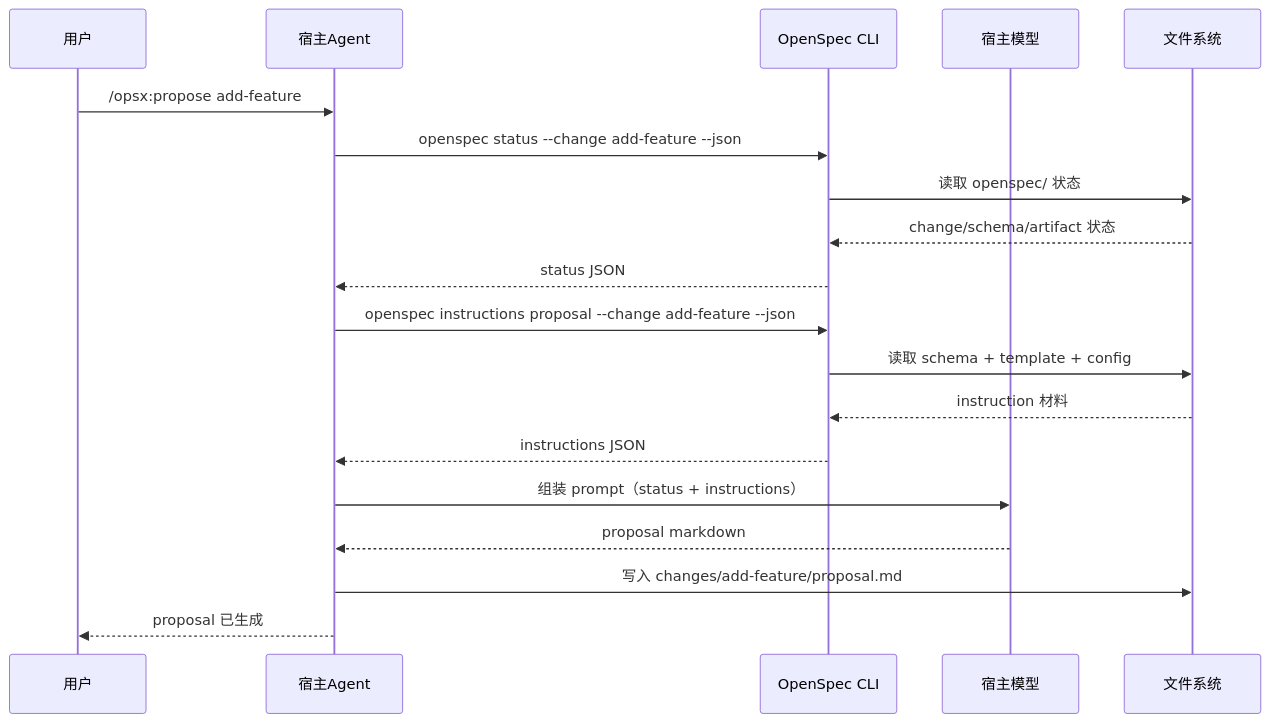
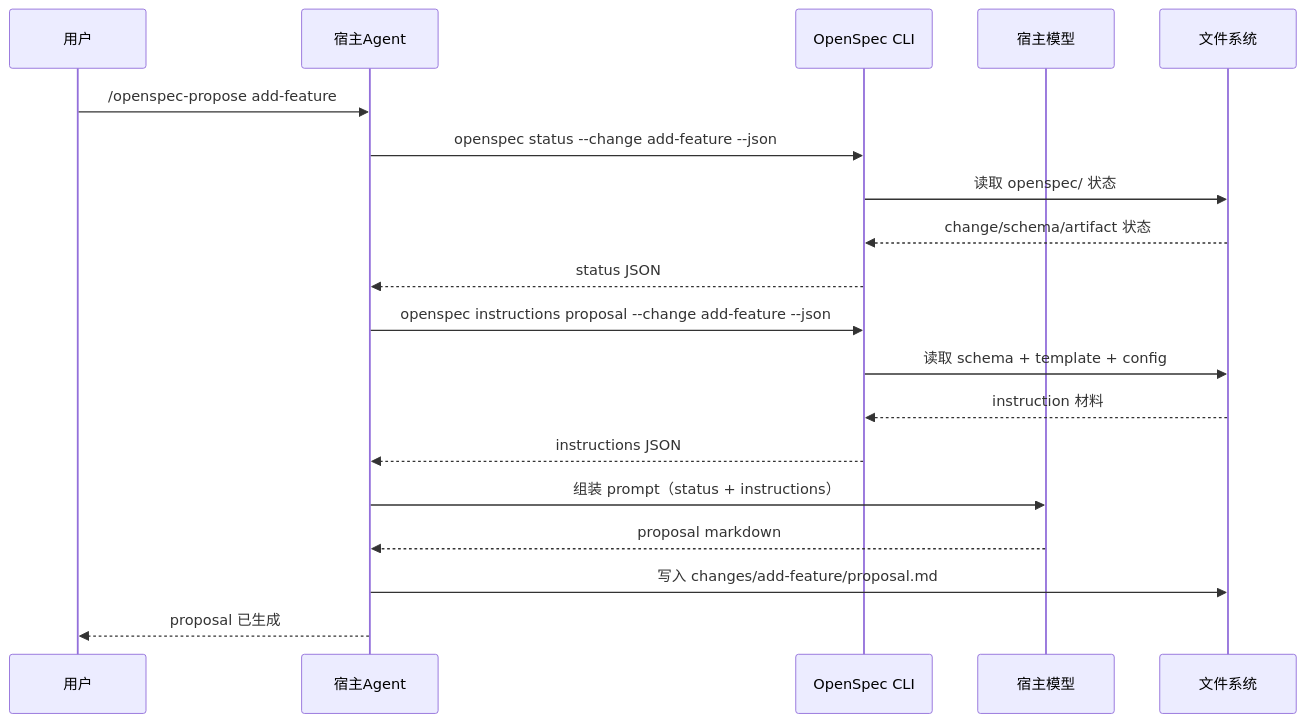
One commit to ethan-jiang-3/OpenSpec changed the diagram in _openspec_handbook/90-附录-给机器看的-agent-协议.md. Above: the diagram before and after it, drawn with Mermaid. The commit also changed other lines of this file and 67 other files, not shown here.

````diff
--- a/_openspec_handbook/90-附录-给机器看的-agent-协议.md
+++ b/_openspec_handbook/90-附录-给机器看的-agent-协议.md
@@ -71,24 +71,24 @@
 ```mermaid
 sequenceDiagram
     participant User as 用户
     participant Host as 宿主Agent
     participant CLI as OpenSpec CLI
     participant LLM as 宿主模型
     participant FS as 文件系统
 
-    User->>Host: /opsx:propose add-feature
+    User->>Host: /openspec-propose add-feature
     Host->>CLI: openspec status --change add-feature --json
     CLI->>FS: 读取 openspec/ 状态
     FS-->>CLI: change/schema/artifact 状态
     CLI-->>Host: status JSON
 
     Host->>CLI: openspec instructions proposal --change add-feature --json
     CLI->>FS: 读取 schema + template + config
     FS-->>CLI: instruction 材料
     CLI-->>Host: instructions JSON
 
     Host->>LLM: 组装 prompt（status + instructions）
     LLM-->>Host: proposal markdown
     Host->>FS: 写入 changes/add-feature/proposal.md
     Host-->>User: proposal 已生成
 ```
````
